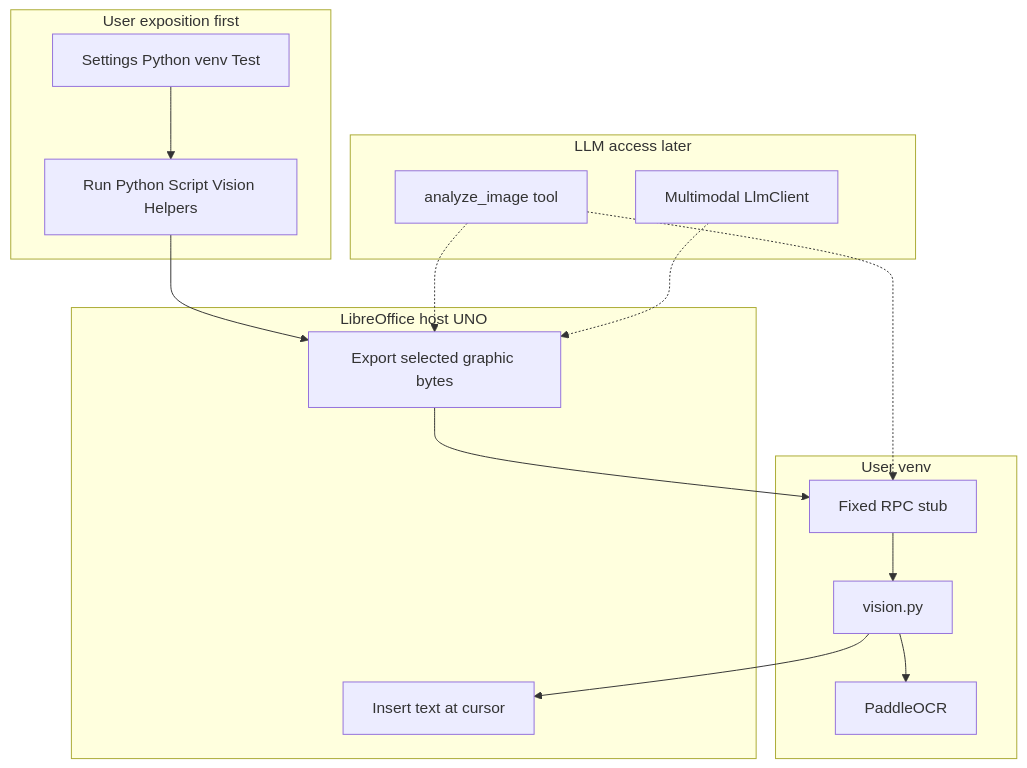
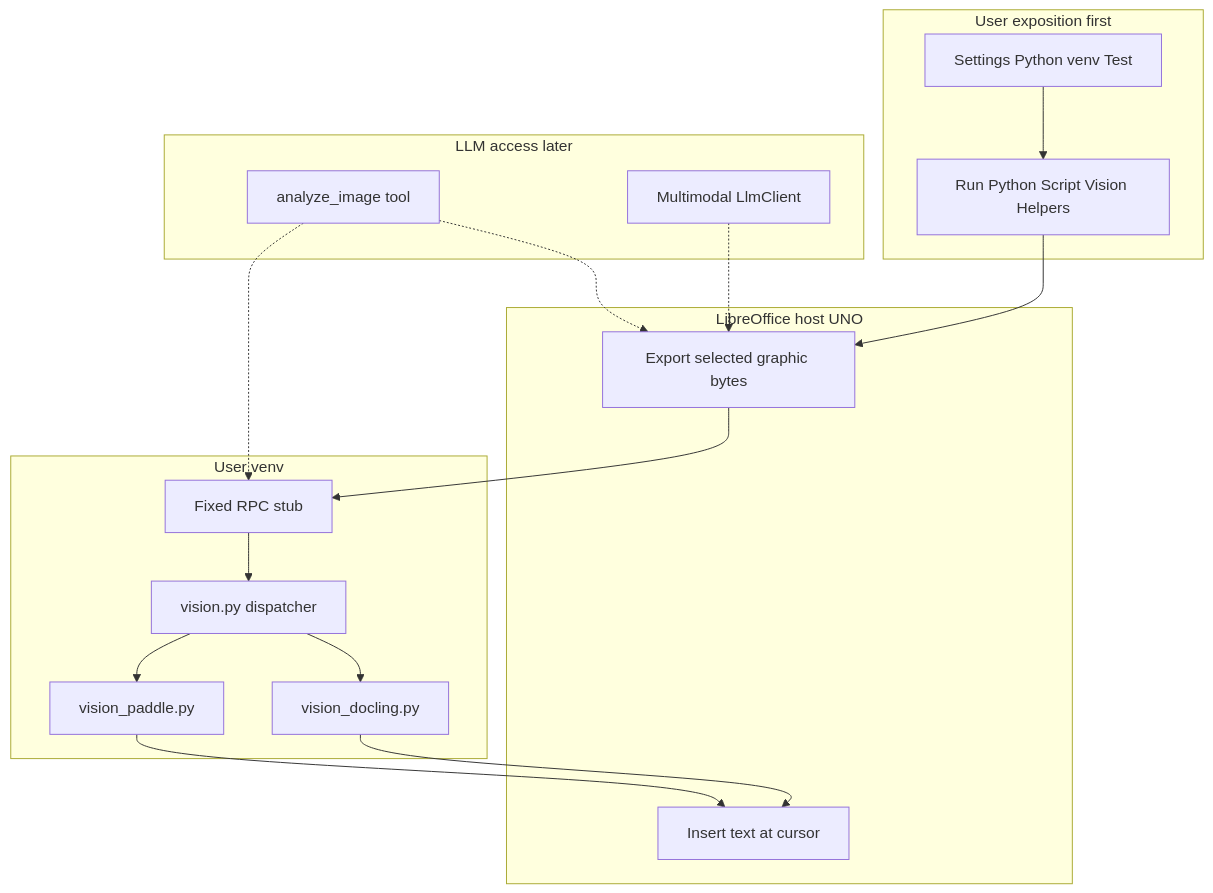
The second of 2 diagrams in docs/image-recognition.md (Augusto-Zolet/writeragent), drawn with Mermaid before and after one commit. The commit also changed other lines of this file and 17 other files, not shown here.

````diff
--- a/docs/image-recognition.md
+++ b/docs/image-recognition.md
@@ -444,27 +477,30 @@
 ```mermaid
 flowchart TB
   subgraph userUX [User exposition first]
     Settings[Settings Python venv Test]
     RPS[Run Python Script Vision Helpers]
   end
   subgraph host [LibreOffice host UNO]
     Export[Export selected graphic bytes]
     Apply[Insert text at cursor]
   end
   subgraph venv [User venv]
     Stub[Fixed RPC stub]
-    Vision[vision.py]
-    Paddle[PaddleOCR]
+    Vision[vision.py dispatcher]
+    Docling[vision_docling.py]
+    Paddle[vision_paddle.py]
   end
   subgraph later [LLM access later]
     Tool[analyze_image tool]
     LLM[Multimodal LlmClient]
   end
   Settings --> RPS
   RPS --> Export --> Stub --> Vision
+  Vision --> Docling
   Vision --> Paddle
-  Vision --> Apply
+  Docling --> Apply
+  Paddle --> Apply
   Tool -.-> Export
   Tool -.-> Stub
   LLM -.-> Export
 ```
````
